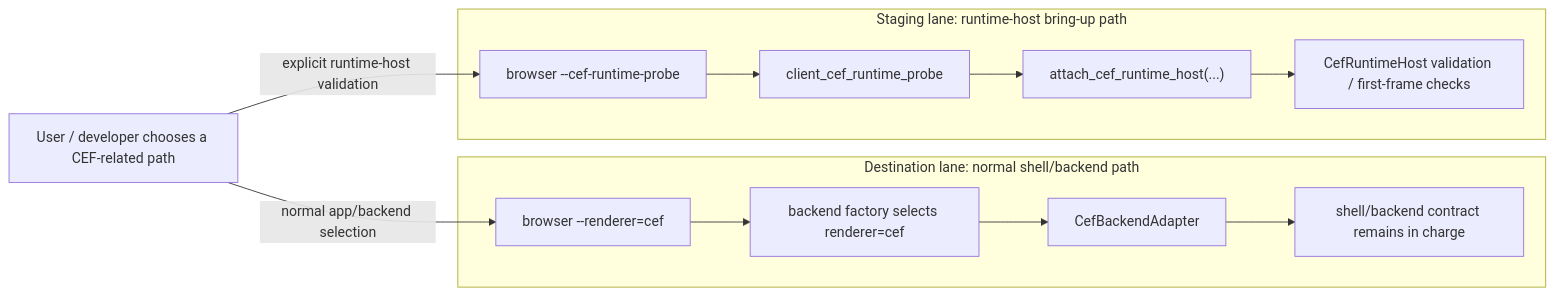
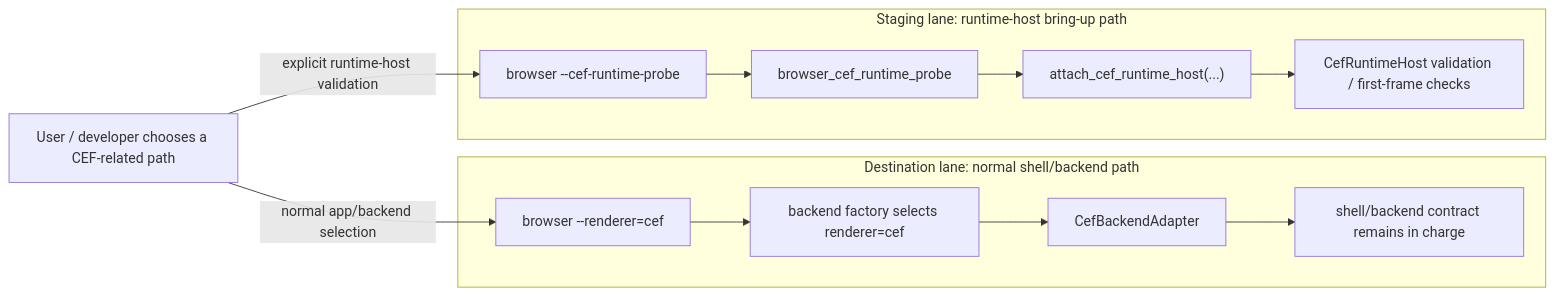
The second of 10 diagrams in docs/current-architecture-overview.md (dmtomczyk/bridge), drawn with Mermaid before and after one commit. The commit also changed other lines of this file and 25 other files, not shown here.

Commit message:
Record browser/core split and Windows runtime-host planning

````diff
--- a/docs/current-architecture-overview.md
+++ b/docs/current-architecture-overview.md
@@ -89,21 +89,21 @@
 ```mermaid
 flowchart LR
     START["User / developer chooses a CEF-related path"]
 
     subgraph DEST["Destination lane: normal shell/backend path"]
         D1["browser --renderer=cef"]
         D2["backend factory selects renderer=cef"]
         D3["CefBackendAdapter"]
         D4["shell/backend contract remains in charge"]
     end
 
     subgraph STAGE["Staging lane: runtime-host bring-up path"]
         S1["browser --cef-runtime-probe"]
-        S2["client_cef_runtime_probe"]
+        S2["browser_cef_runtime_probe"]
         S3["attach_cef_runtime_host(...)"]
         S4["CefRuntimeHost validation / first-frame checks"]
     end
 
     START -->|"normal app/backend selection"| D1 --> D2 --> D3 --> D4
     START -->|"explicit runtime-host validation"| S1 --> S2 --> S3 --> S4
 ```
````
